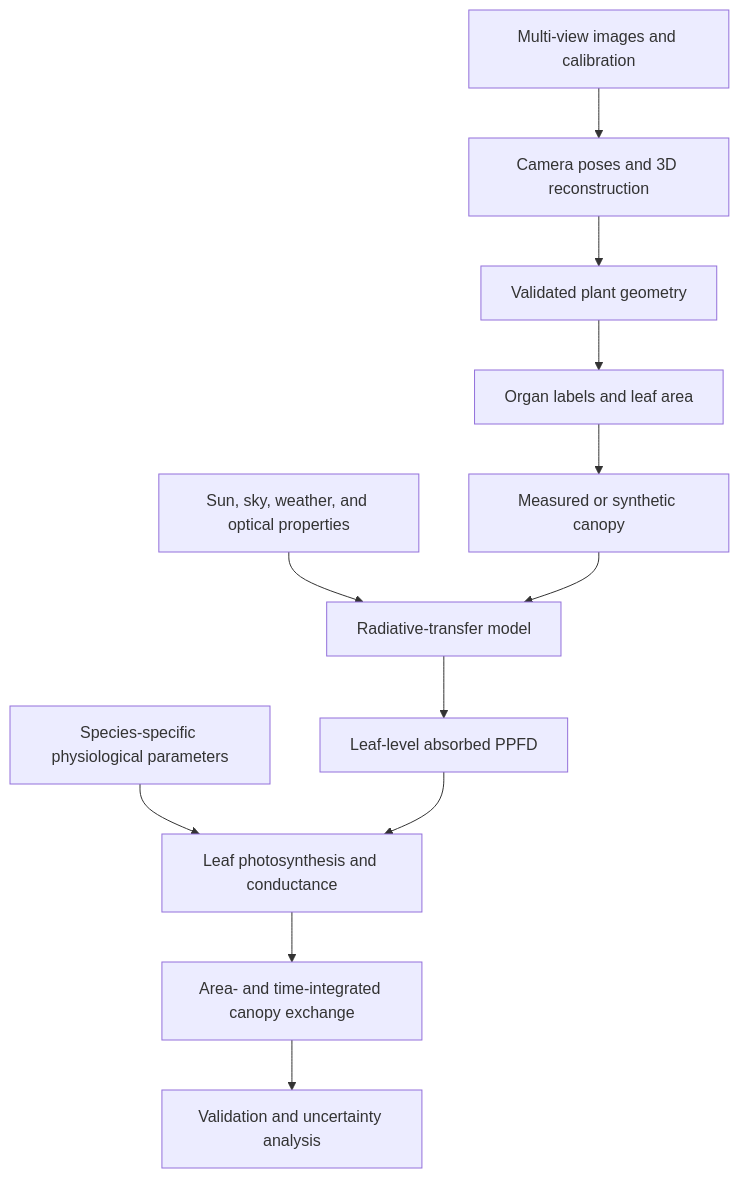
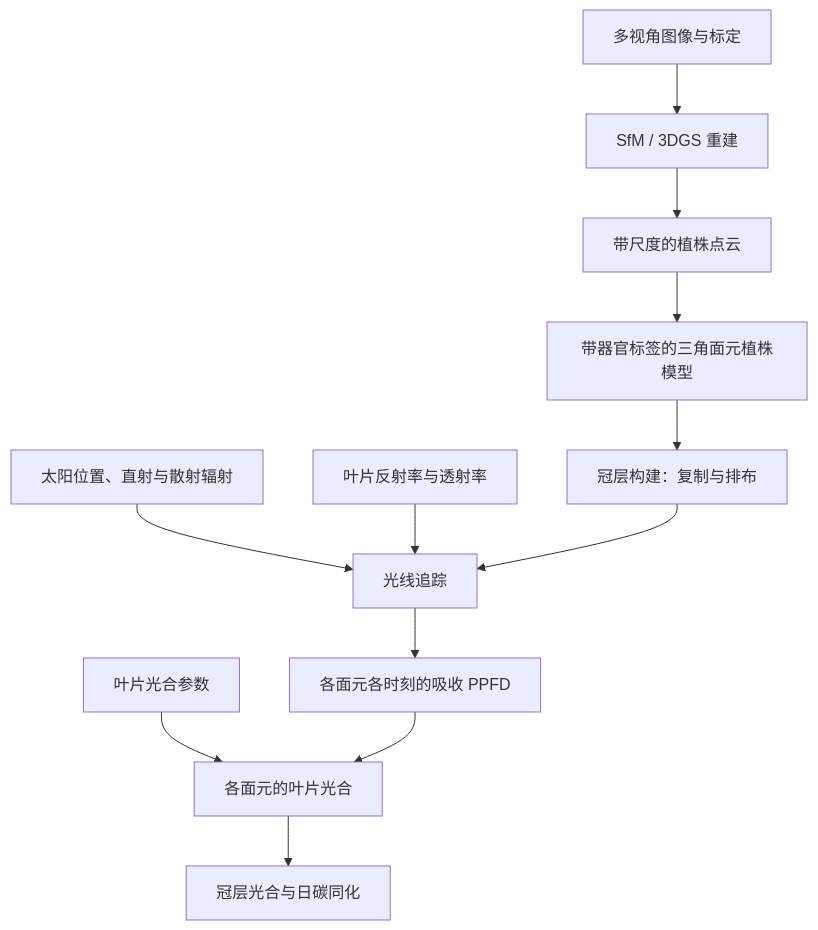
One commit to smiler488/smiler488.github.io changed the diagram in i18n/zh-Hans/docusaurus-plugin-content-blog/2023-08-20-canopy-photosynthesis-modeling.md. Above: the diagram before and after it, drawn with Mermaid. The commit also changed other lines of this file and 38 other files, not shown here.

````diff
--- a/i18n/zh-Hans/docusaurus-plugin-content-blog/2023-08-20-canopy-photosynthesis-modeling.md
+++ b/i18n/zh-Hans/docusaurus-plugin-content-blog/2023-08-20-canopy-photosynthesis-modeling.md
@@ -31,14 +31,14 @@
 ```mermaid
 flowchart TD
-    A[Multi-view images and calibration] --> B[Camera poses and 3D reconstruction]
-    B --> C[Validated plant geometry]
-    C --> D[Organ labels and leaf area]
-    D --> E[Measured or synthetic canopy]
-    F[Sun, sky, weather, and optical properties] --> G[Radiative-transfer model]
+    A[多视角图像与标定] --> B[SfM / 3DGS 重建]
+    B --> C[带尺度的植株点云]
+    C --> D[带器官标签的三角面元植株模型]
+    D --> E[冠层构建：复制与排布]
+    F[太阳位置、直射与散射辐射] --> G[光线追踪]
+    O[叶片反射率与透射率] --> G
     E --> G
-    G --> H[Leaf-level absorbed PPFD]
-    I[Species-specific physiological parameters] --> J[Leaf photosynthesis and conductance]
+    G --> H[各面元各时刻的吸收 PPFD]
+    I[叶片光合参数] --> J[各面元的叶片光合]
     H --> J
-    J --> K[Area- and time-integrated canopy exchange]
-    K --> L[Validation and uncertainty analysis]
+    J --> K[冠层光合与日碳同化]
 ```
````
